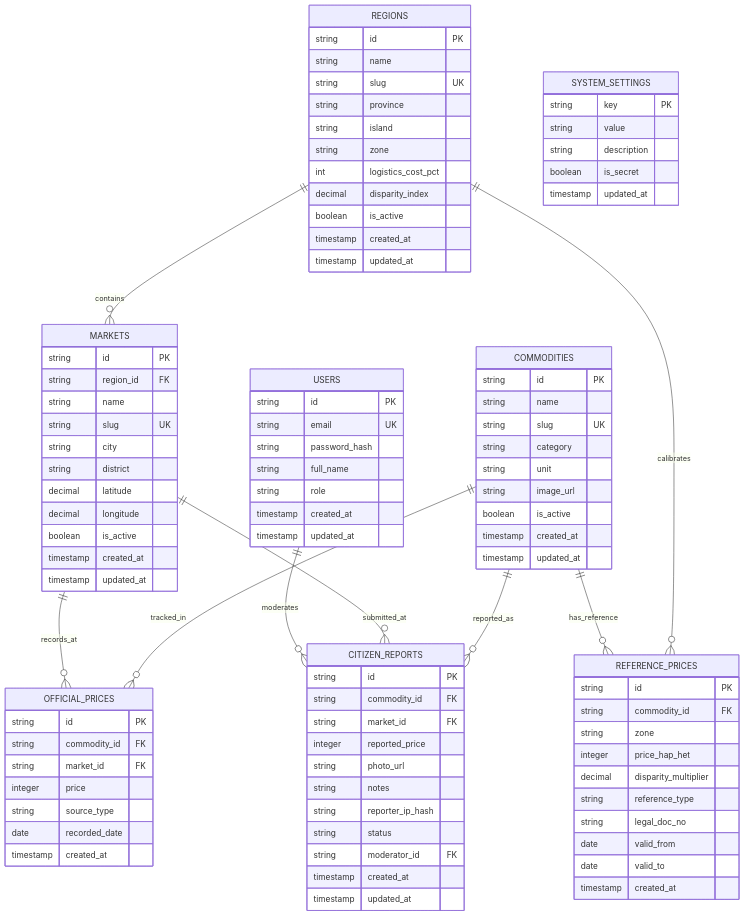
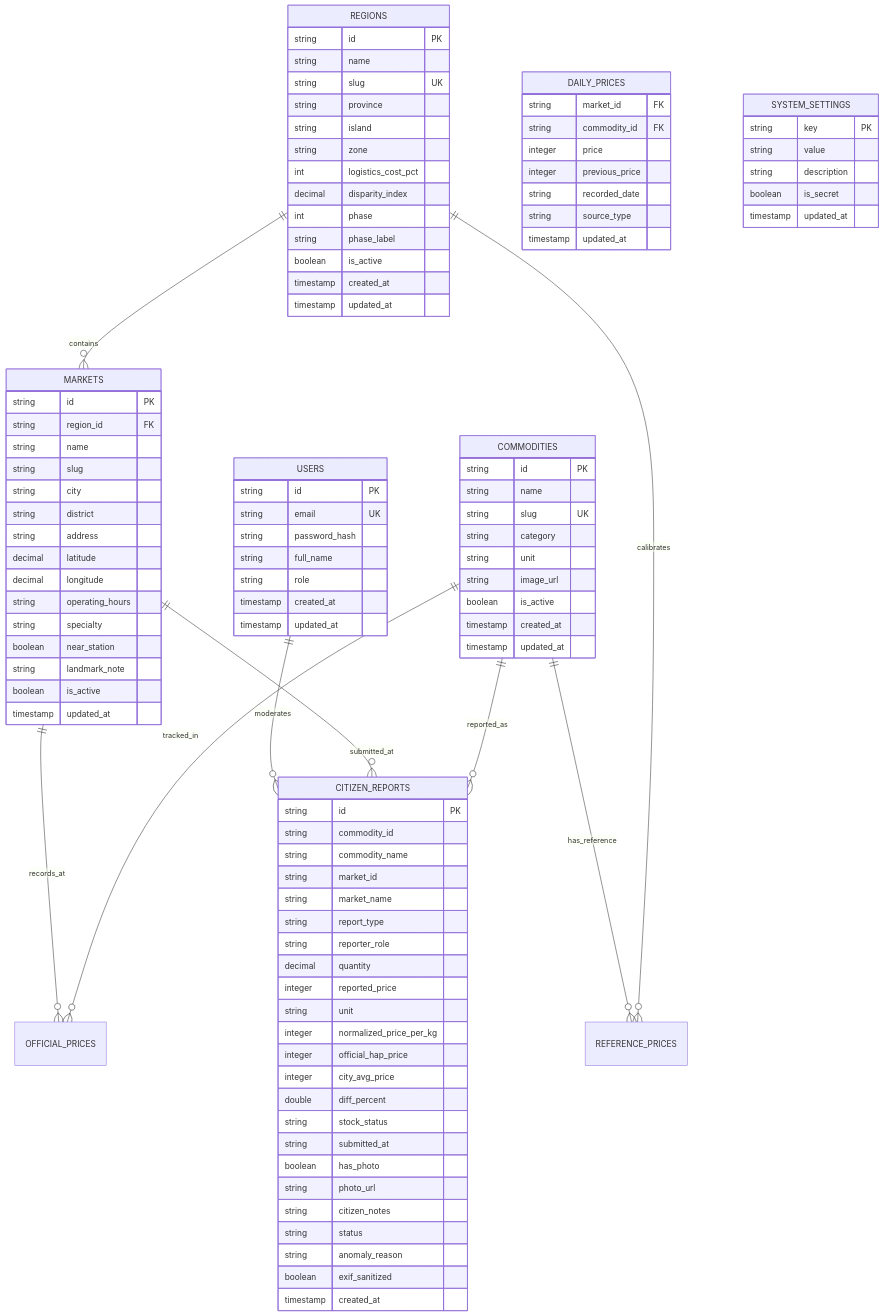
Before and after one commit to ZimrionVarethos/hargaku: the diagram in docs/SCHEMA.md, drawn with Mermaid. The commit also changed other lines of this file and 84 other files, not shown here.

```diff
--- a/docs/SCHEMA.md
+++ b/docs/SCHEMA.md
@@ -43,6 +43,8 @@
         string zone
         int logistics_cost_pct
         decimal disparity_index
+        int phase
+        string phase_label
         boolean is_active
         timestamp created_at
         timestamp updated_at
@@ -64,51 +66,54 @@
         string id PK
         string region_id FK
         string name
-        string slug UK
+        string slug
         string city
         string district
+        string address
         decimal latitude
         decimal longitude
+        string operating_hours
+        string specialty
+        boolean near_station
+        string landmark_note
         boolean is_active
-        timestamp created_at
         timestamp updated_at
     }
 
-    REFERENCE_PRICES {
-        string id PK
+    DAILY_PRICES {
+        string market_id FK
         string commodity_id FK
-        string zone
-        integer price_hap_het
-        decimal disparity_multiplier
-        string reference_type
-        string legal_doc_no
-        date valid_from
-        date valid_to
-        timestamp created_at
-    }
-
-    OFFICIAL_PRICES {
-        string id PK
-        string commodity_id FK
-        string market_id FK
         integer price
+        integer previous_price
+        string recorded_date
         string source_type
-        date recorded_date
-        timestamp created_at
+        timestamp updated_at
     }
 
     CITIZEN_REPORTS {
         string id PK
-        string commodity_id FK
-        string market_id FK
+        string commodity_id
+        string commodity_name
+        string market_id
+        string market_name
+        string report_type
+        string reporter_role
+        decimal quantity
         integer reported_price
+        string unit
+        integer normalized_price_per_kg
+        integer official_hap_price
+        integer city_avg_price
+        double diff_percent
+        string stock_status
+        string submitted_at
+        boolean has_photo
         string photo_url
-        string notes
-        string reporter_ip_hash
+        string citizen_notes
         string status
-        string moderator_id FK
+        string anomaly_reason
+        boolean exif_sanitized
         timestamp created_at
-        timestamp updated_at
     }
 
     USERS {
```
